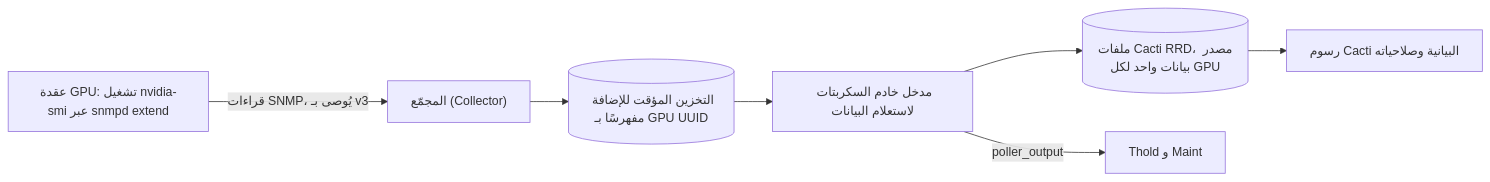
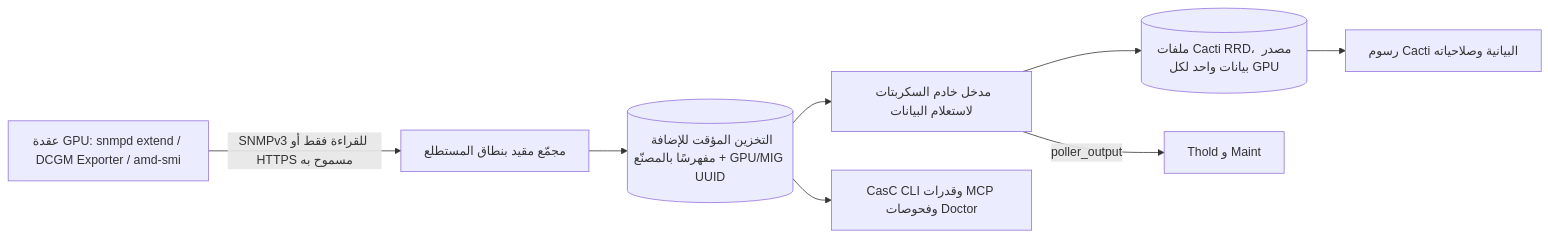
The diagram in docs/i18n/ar-EG/README.md (somethingwithproof/plugin_gpu), drawn with Mermaid before and after one commit. The commit also changed other lines of this file and 47 other files, not shown here.

````diff
--- a/docs/i18n/ar-EG/README.md
+++ b/docs/i18n/ar-EG/README.md
@@ -104,9 +104,10 @@
 ```mermaid
 flowchart LR
-    NODE["عقدة GPU: تشغيل nvidia-smi عبر snmpd extend"] -->|قراءات SNMP، يُوصى بـ v3| C["المجمّع (Collector)"]
-    C --> CACHE[("التخزين المؤقت للإضافة مفهرسًا بـ GPU UUID")]
+    NODE["عقدة GPU: snmpd extend / DCGM Exporter / amd-smi"] -->|SNMPv3 للقراءة فقط أو HTTPS مسموح به| C["مجمّع مقيد بنطاق المستطلع"]
+    C --> CACHE[("التخزين المؤقت للإضافة مفهرسًا بالمصنّع + GPU/MIG UUID")]
     CACHE --> SS["مدخل خادم السكربتات لاستعلام البيانات"]
+    CACHE --> ECO["CasC CLI وقدرات MCP وفحوصات Doctor"]
     SS --> RRD[("ملفات Cacti RRD، مصدر بيانات واحد لكل GPU")]
     SS -->|poller_output| T["Thold و Maint"]
     RRD --> G["رسوم Cacti البيانية وصلاحياته"]
 ```
````
